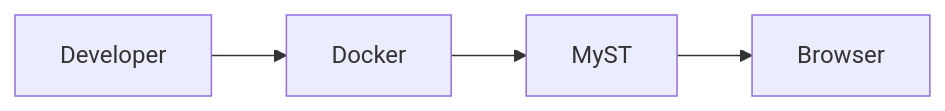
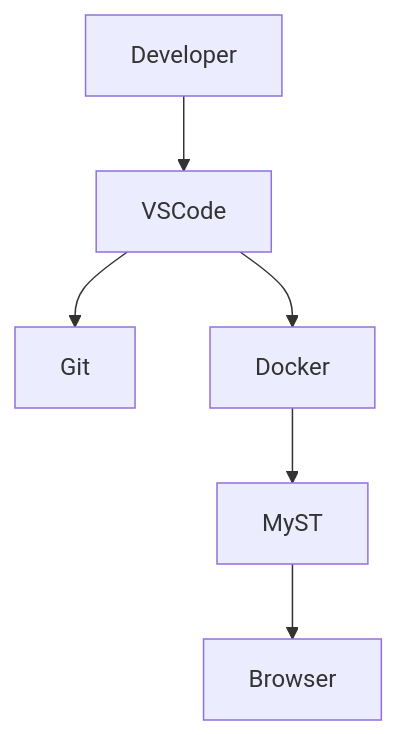
Before and after one commit to YoniAfengar/myst-docs-platform: the diagram in docs/playground.md, drawn with Mermaid. The commit also changed other lines of this file, not shown here.

````diff
--- a/docs/playground.md
+++ b/docs/playground.md
@@ -50,7 +72,13 @@
 ```mermaid
-flowchart LR
+flowchart TD
 
-Developer --> Docker
+Developer --> VSCode
+
+VSCode --> Git
+
+VSCode --> Docker
+
 Docker --> MyST
+
 MyST --> Browser
 ```
````
